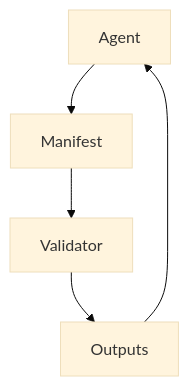
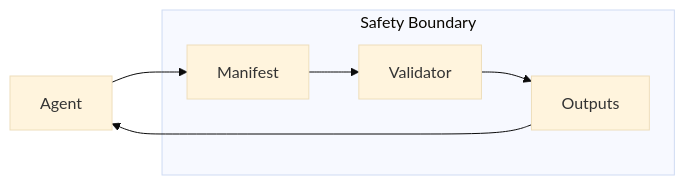
Before and after one commit to justyn-clark/small-protocol: the third of 3 diagrams in apps/web/app/modules/docs/content/architecture/small-model.mdx, drawn with Mermaid (base theme). The commit also changed 21 other files, not shown here.

````diff
--- a/apps/web/app/modules/docs/content/architecture/small-model.mdx
+++ b/apps/web/app/modules/docs/content/architecture/small-model.mdx
@@ -57,7 +55,10 @@
 ```mermaid
-flowchart TD
-  Agent --> Manifest
-  Manifest --> Validator
-  Validator --> Outputs
-  Outputs --> Agent
+flowchart LR
+  Agent --> Manifest --> Validator --> Outputs --> Agent
+
+  subgraph Boundary["Safety Boundary"]
+    Manifest
+    Validator
+    Outputs
+  end
 ```
````
